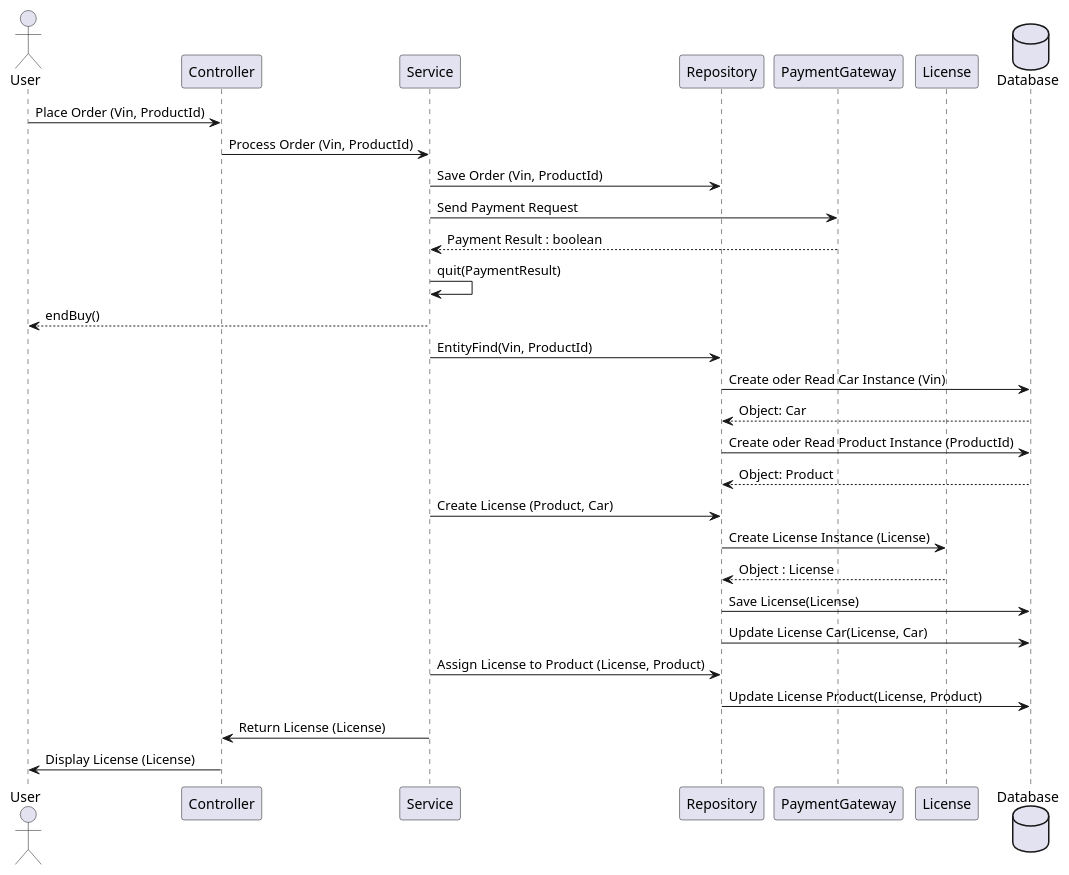
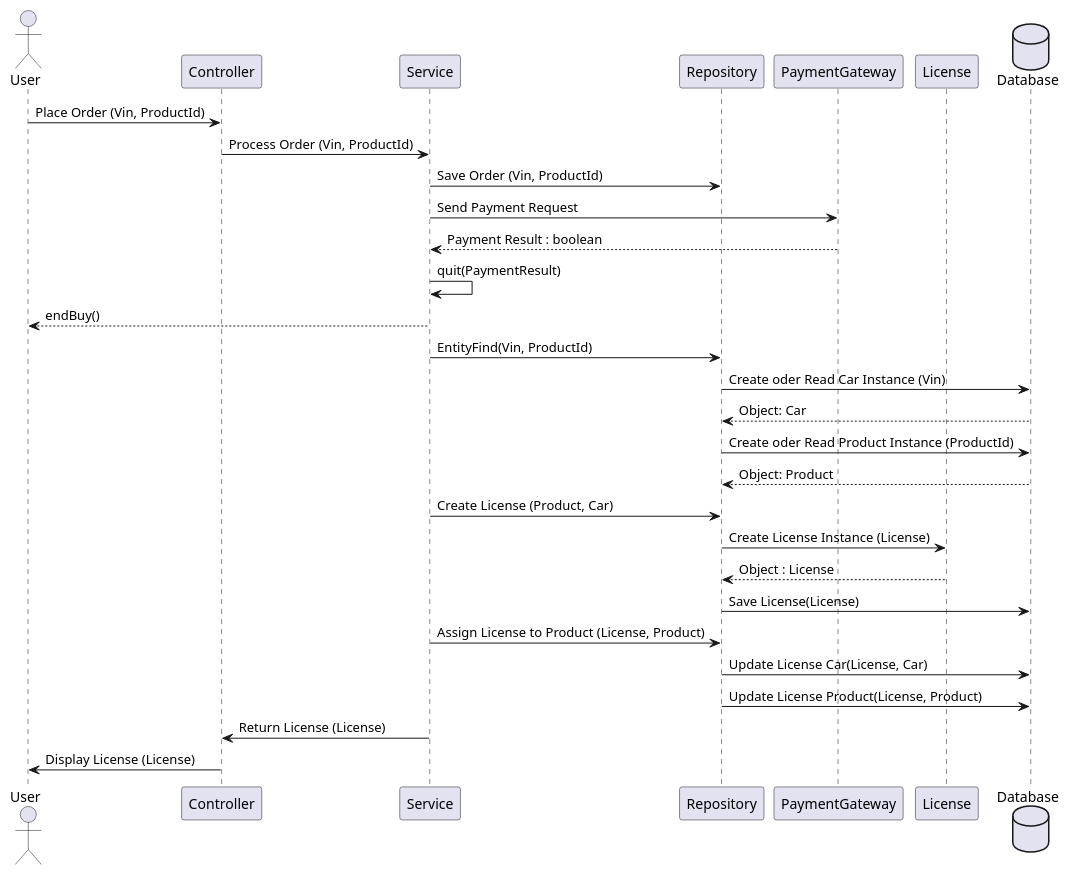
One commit to ljbg1996/car-backend changed the diagram in test.puml. Above: the diagram before and after it, drawn with PlantUML. The commit also changed other lines of this file, not shown here.

Commit message:
1.1.3  sequence

```diff
--- a/test.puml
+++ b/test.puml
@@ -1,33 +1,33 @@
 @startuml
 actor User
 participant Controller
 participant Service
 participant Repository
 participant PaymentGateway
 
 
 participant License
 database Database
 
 User -> Controller : Place Order (Vin, ProductId)
 Controller -> Service : Process Order (Vin, ProductId)
 Service -> Repository : Save Order (Vin, ProductId)
 Service -> PaymentGateway : Send Payment Request
 PaymentGateway --> Service : Payment Result : boolean
 Service -> Service : quit(PaymentResult)
 Service --> User : endBuy()
 Service -> Repository : EntityFind(Vin, ProductId)
 Repository -> Database : Create oder Read Car Instance (Vin)
 Database--> Repository : Object: Car
 Repository -> Database : Create oder Read Product Instance (ProductId)
 Database --> Repository: Object: Product
 Service -> Repository : Create License (Product, Car)
 Repository -> License : Create License Instance (License)
 License --> Repository : Object : License
 Repository -> Database : Save License(License)
+Service -> Repository : Assign License to Product (License, Product)
 Repository -> Database : Update License Car(License, Car)
-Service -> Repository : Assign License to Product (License, Product)
 Repository -> Database : Update License Product(License, Product)
 Service -> Controller : Return License (License)
 Controller -> User : Display License (License)
 @enduml
```
